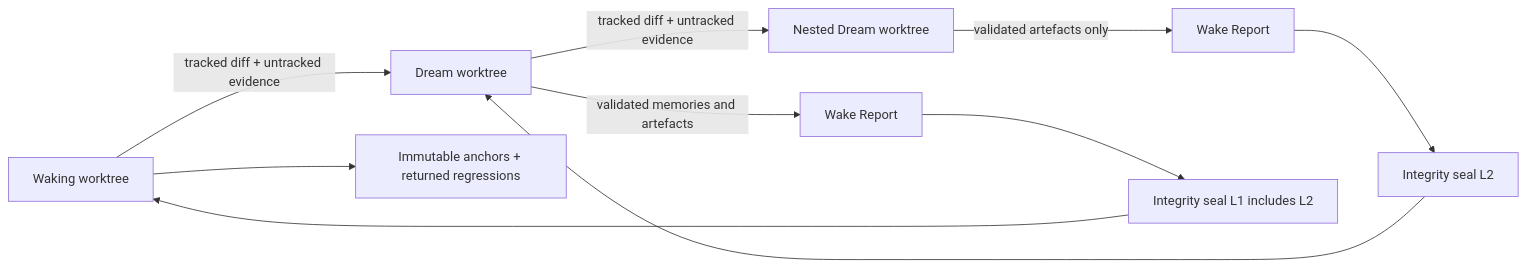
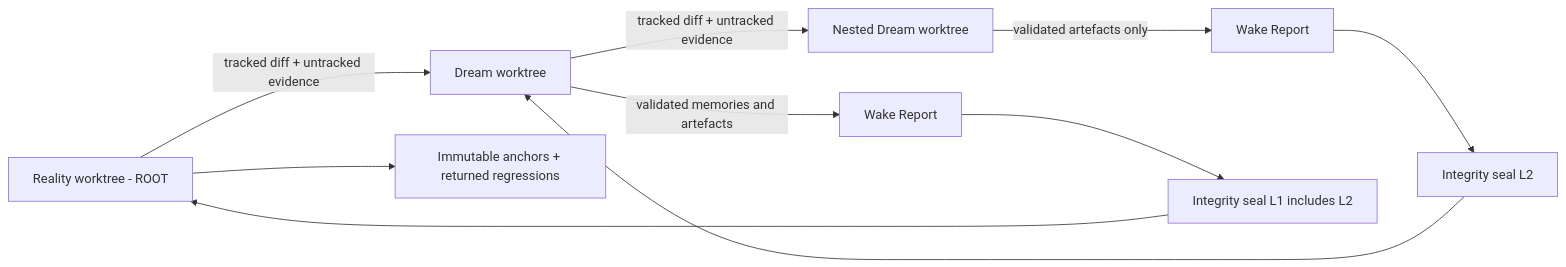
The third of 6 diagrams in docs/RUNTIME_FLOWS.md (alangunning/inception-reality-engine), drawn with Mermaid before and after one commit. The commit also changed other lines of this file and 67 other files, not shown here.

````diff
--- a/docs/RUNTIME_FLOWS.md
+++ b/docs/RUNTIME_FLOWS.md
@@ -91,12 +91,12 @@
 ```mermaid
 flowchart LR
-  R0[Waking worktree] -->|tracked diff + untracked evidence| R1[Dream worktree]
+  R0[Reality worktree - ROOT] -->|tracked diff + untracked evidence| R1[Dream worktree]
   R1 -->|tracked diff + untracked evidence| R2[Nested Dream worktree]
   R2 -->|validated artefacts only| W2[Wake Report]
   W2 --> T2[Integrity seal L2]
   T2 --> R1
   R1 -->|validated memories and artefacts| W1[Wake Report]
   W1 --> T1[Integrity seal L1 includes L2]
   T1 --> R0
   R0 --> Proofs[Immutable anchors + returned regressions]
 ```
````
